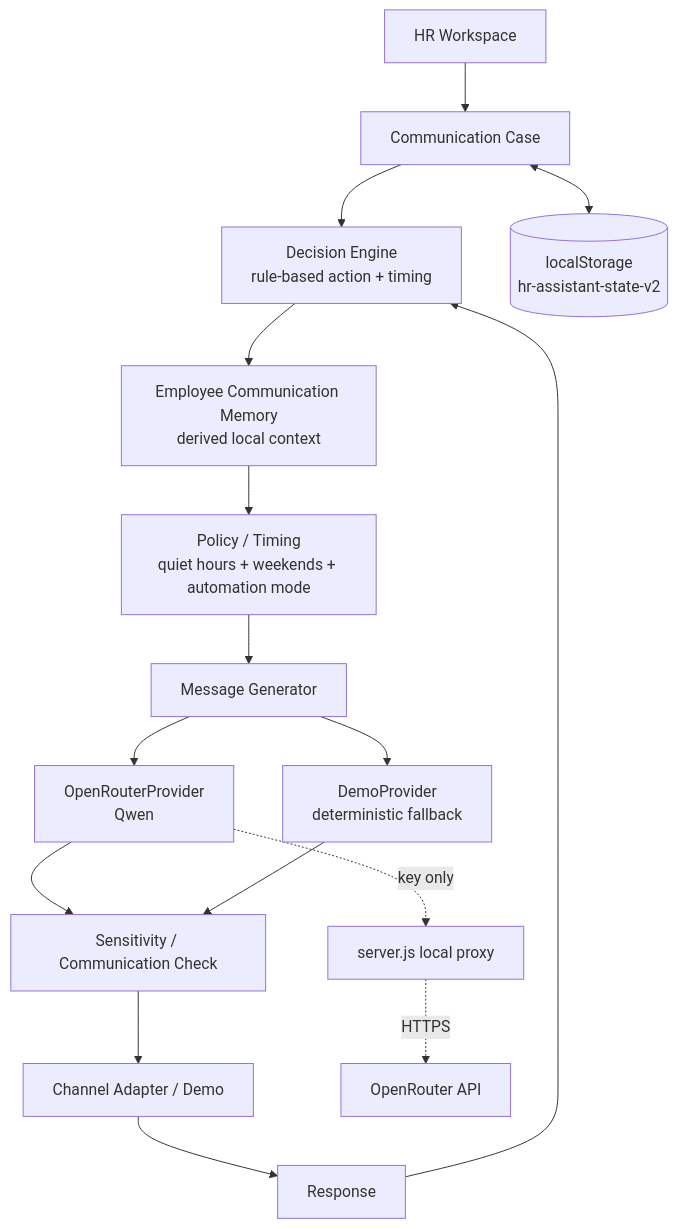
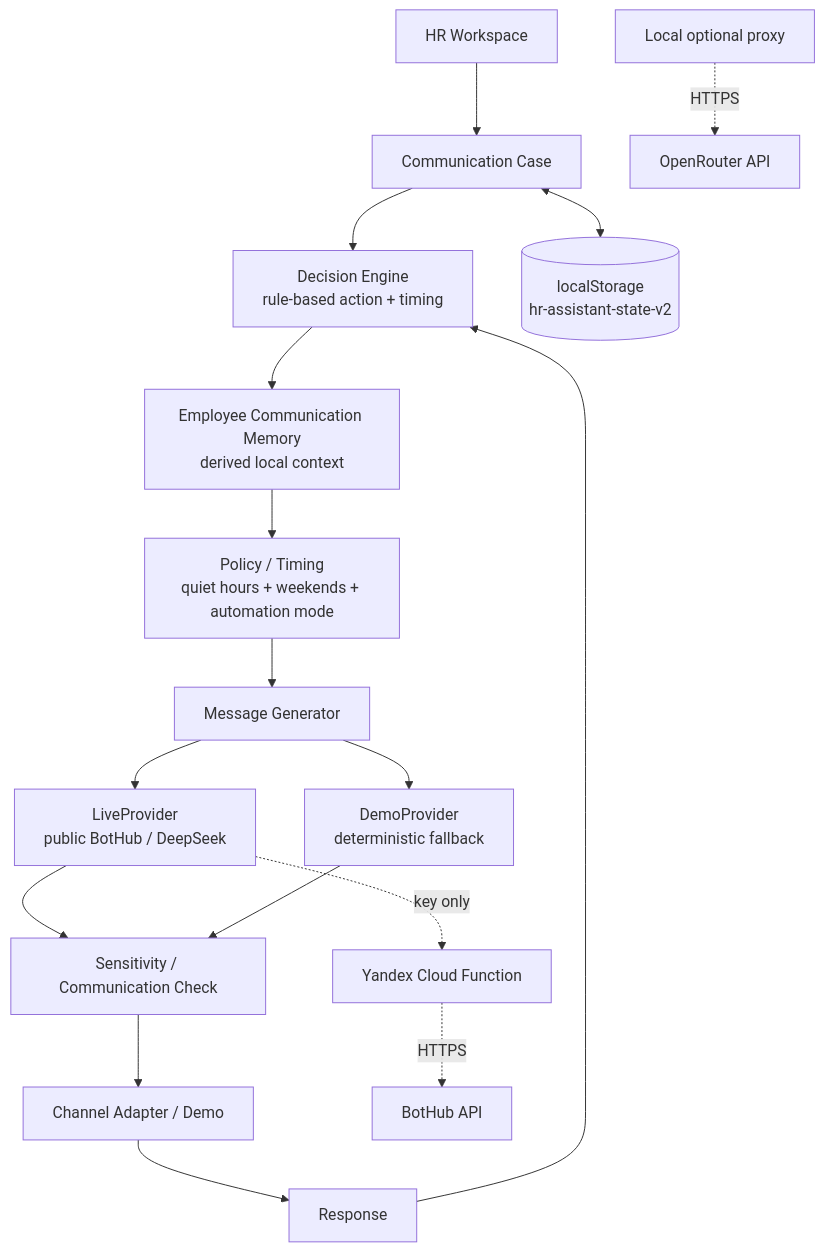
Before and after one commit to SpNkd/hyumanli-hr-assistant: the second of 2 diagrams in docs/ARCHITECTURE.md, drawn with Mermaid. The commit also changed other lines of this file and 14 other files, not shown here.

Commit message:
feat: publish Humanly demo with Yandex live AI

````diff
--- a/docs/ARCHITECTURE.md
+++ b/docs/ARCHITECTURE.md
@@ -26,18 +26,19 @@
 ```mermaid
 flowchart TD
   HR[HR Workspace] --> Case[Communication Case]
   Case --> Decision[Decision Engine\nrule-based action + timing]
   Decision --> Memory[Employee Communication Memory\nderived local context]
   Memory --> Policy[Policy / Timing\nquiet hours + weekends + automation mode]
   Policy --> Generator[Message Generator]
-  Generator --> Live[OpenRouterProvider\nQwen]
+  Generator --> Live[LiveProvider\npublic BotHub / DeepSeek]
   Generator --> Demo[DemoProvider\ndeterministic fallback]
   Live --> Guard[Sensitivity / Communication Check]
   Demo --> Guard
   Guard --> Channel[Channel Adapter / Demo]
   Channel --> Response[Response]
   Response --> Decision
   Case <--> Store[(localStorage\nhr-assistant-state-v2)]
-  Live -. key only .-> Proxy[server.js local proxy]
-  Proxy -. HTTPS .-> OR[OpenRouter API]
+  Live -. key only .-> Proxy[Yandex Cloud Function]
+  Proxy -. HTTPS .-> Provider[BotHub API]
+  Local[Local optional proxy] -. HTTPS .-> OR[OpenRouter API]
 ```
````
